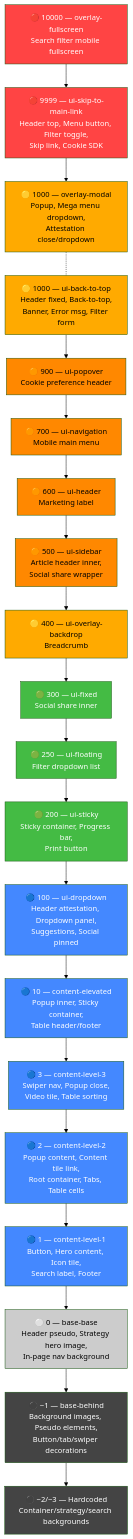
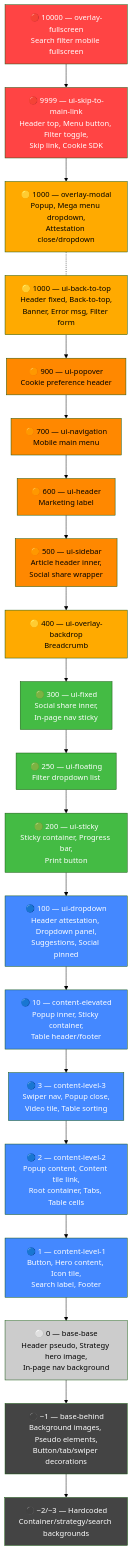
The diagram in z-index-stacking-detail-apr-24.md (tringuyengravityglobal/mg-markdown), drawn with Mermaid (forest theme) before and after one commit. The commit also changed other lines of this file, not shown here.

````diff
--- a/z-index-stacking-detail-apr-24.md
+++ b/z-index-stacking-detail-apr-24.md
@@ -311,48 +346,48 @@
 ```mermaid
 graph TD
     A["🔴 10000 — overlay-fullscreen<br/>Search filter mobile fullscreen"]
     B["🔴 9999 — ui-skip-to-main-link<br/>Header top, Menu button, Filter toggle,<br/>Skip link, Cookie SDK"]
     C1["🟡 1000 — overlay-modal<br/>Popup, Mega menu dropdown,<br/>Attestation close/dropdown"]
     C2["🟡 1000 — ui-back-to-top<br/>Header fixed, Back-to-top,<br/>Banner, Error msg, Filter form"]
     D["🟠 900 — ui-popover<br/>Cookie preference header"]
     E["🟠 700 — ui-navigation<br/>Mobile main menu"]
     F["🟠 600 — ui-header<br/>Marketing label"]
     G["🟠 500 — ui-sidebar<br/>Article header inner,<br/>Social share wrapper"]
     H["🟡 400 — ui-overlay-backdrop<br/>Breadcrumb"]
-    I["🟢 300 — ui-fixed<br/>Social share inner"]
+    I["🟢 300 — ui-fixed<br/>Social share inner,<br/>In-page nav sticky"]
     J["🟢 250 — ui-floating<br/>Filter dropdown list"]
     K["🟢 200 — ui-sticky<br/>Sticky container, Progress bar,<br/>Print button"]
     L["🔵 100 — ui-dropdown<br/>Header attestation, Dropdown panel,<br/>Suggestions, Social pinned"]
     M["🔵 10 — content-elevated<br/>Popup inner, Sticky container,<br/>Table header/footer"]
     N["🔵 3 — content-level-3<br/>Swiper nav, Popup close,<br/>Video tile, Table sorting"]
     O["🔵 2 — content-level-2<br/>Popup content, Content tile link,<br/>Root container, Tabs, Table cells"]
     P["🔵 1 — content-level-1<br/>Button, Hero content, Icon tile,<br/>Search label, Footer"]
     Q["⚪ 0 — base-base<br/>Header pseudo, Strategy hero image,<br/>In-page nav background"]
     R["⚫ −1 — base-behind<br/>Background images, Pseudo elements,<br/>Button/tab/swiper decorations"]
     S["⚫ −2/−3 — Hardcoded<br/>Container/strategy/search backgrounds"]
 
     A --> B --> C1
     C1 -.- C2
     C2 --> D --> E --> F --> G --> H --> I --> J --> K --> L --> M --> N --> O --> P --> Q --> R --> S
 
     style A fill:#ff4444,color:#fff
     style B fill:#ff4444,color:#fff
     style C1 fill:#ffaa00,color:#000
     style C2 fill:#ffaa00,color:#000
     style D fill:#ff8800,color:#000
     style E fill:#ff8800,color:#000
     style F fill:#ff8800,color:#000
     style G fill:#ff8800,color:#000
     style H fill:#ffaa00,color:#000
     style I fill:#44bb44,color:#fff
     style J fill:#44bb44,color:#fff
     style K fill:#44bb44,color:#fff
     style L fill:#4488ff,color:#fff
     style M fill:#4488ff,color:#fff
     style N fill:#4488ff,color:#fff
     style O fill:#4488ff,color:#fff
     style P fill:#4488ff,color:#fff
     style Q fill:#cccccc,color:#000
     style R fill:#444444,color:#fff
     style S fill:#444444,color:#fff
 ```
````
